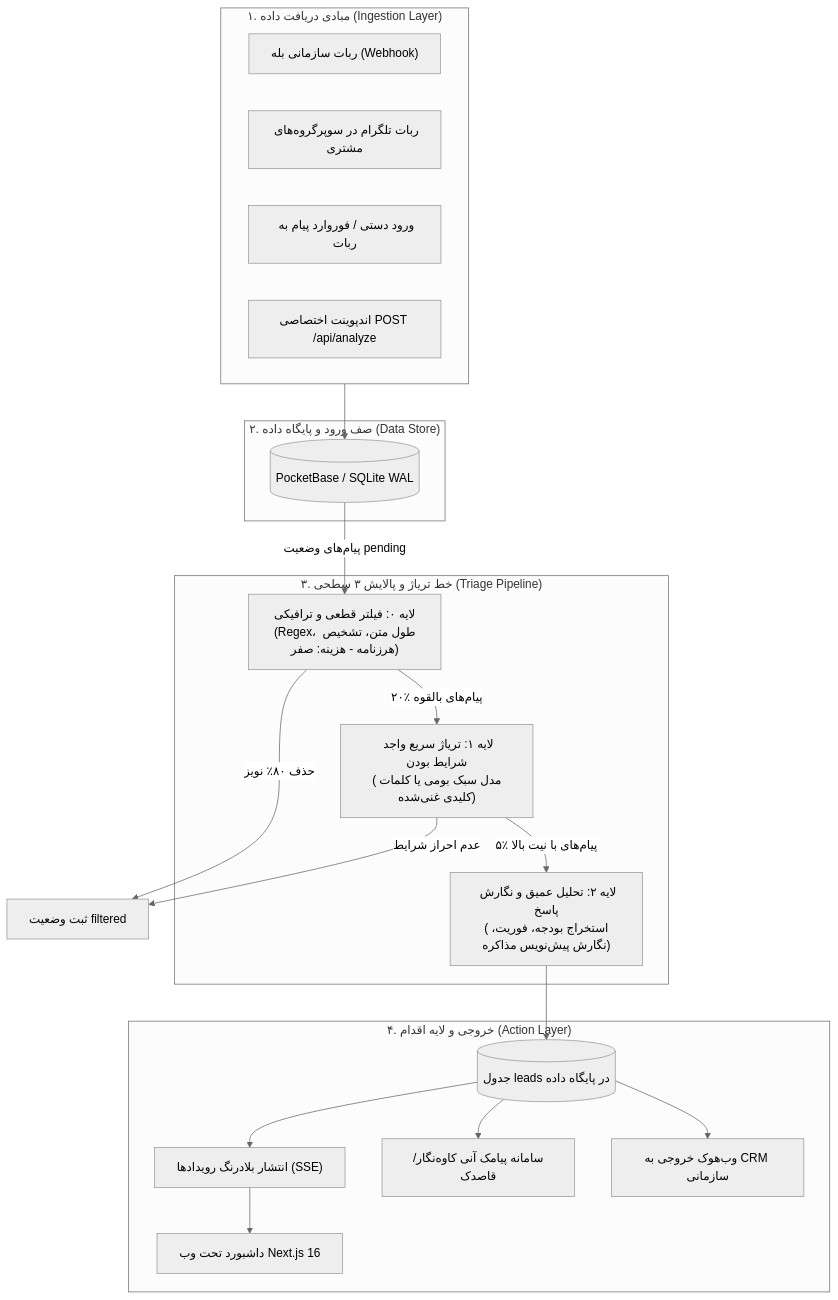
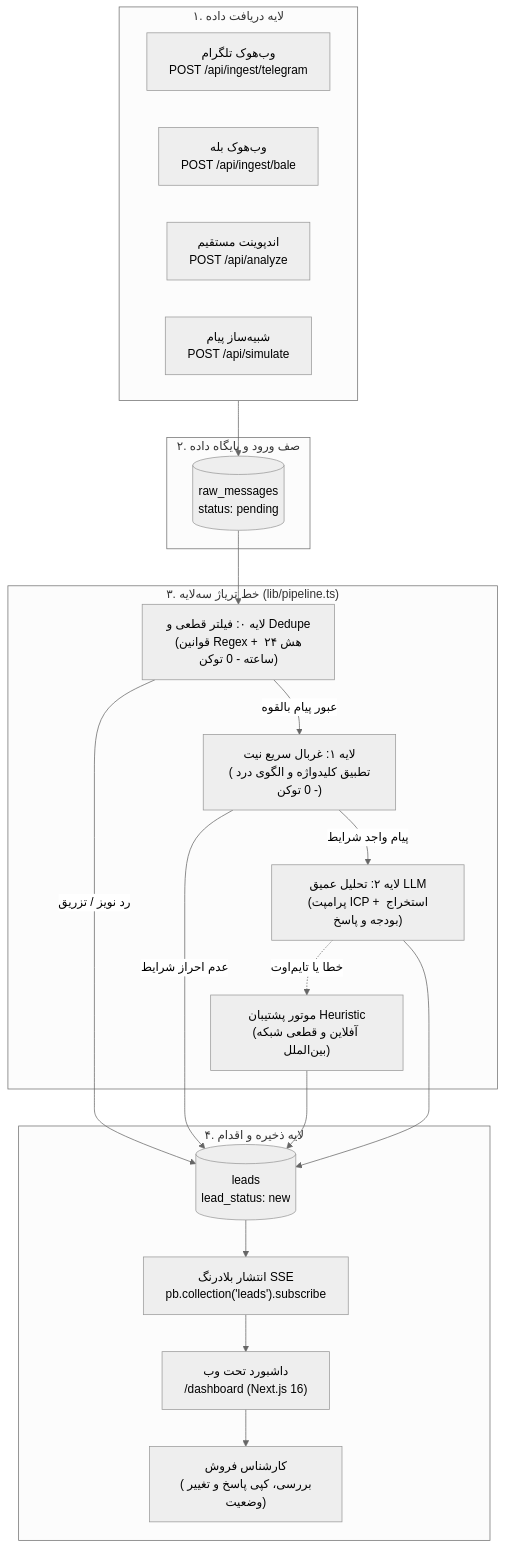
One commit to parsanaderidev/radar changed the diagram in docs/TechnicalDocumentation.md. Above: the diagram before and after it, drawn with Mermaid (neutral theme). The commit also changed other lines of this file and 3 other files, not shown here.

````diff
--- a/docs/TechnicalDocumentation.md
+++ b/docs/TechnicalDocumentation.md
@@ -20,38 +38,38 @@
 ```mermaid
 flowchart TD
-    subgraph S["۱. مبادی دریافت داده (Ingestion Layer)"]
-        S1["ربات سازمانی بله (Webhook)"]
-        S2["ربات تلگرام در سوپرگروه‌های مشتری"]
-        S3["ورود دستی / فوروارد پیام به ربات"]
-        S4["اندپوینت اختصاصی POST /api/analyze"]
+    subgraph Ingestion ["۱. لایه دریافت داده"]
+        W_TG["وب‌هوک تلگرام<br/>POST /api/ingest/telegram"]
+        W_BALE["وب‌هوک بله<br/>POST /api/ingest/bale"]
+        API_ANALYZE["اندپوینت مستقیم<br/>POST /api/analyze"]
+        SIM["شبیه‌ساز پیام<br/>POST /api/simulate"]
     end
 
-    subgraph Q["۲. صف ورود و پایگاه داده (Data Store)"]
-        DB[("PocketBase / SQLite WAL")]
+    subgraph Storage ["۲. صف ورود و پایگاه داده"]
+        PB_RAW[("raw_messages<br/>status: pending")]
     end
 
-    subgraph T["۳. خط تریاژ و پالایش ۳ سطحی (Triage Pipeline)"]
-        L0["لایه ۰: فیلتر قطعی و ترافیکی<br/>(Regex، طول متن، تشخیص هرزنامه - هزینه: صفر)"]
-        L1["لایه ۱: تریاژ سریع واجد شرایط بودن<br/>(مدل سبک بومی یا کلمات کلیدی غنی‌شده)"]
-        L2["لایه ۲: تحلیل عمیق و نگارش پاسخ<br/>(استخراج بودجه، فوریت، نگارش پیش‌نویس مذاکره)"]
+    subgraph Pipeline ["۳. خط تریاژ سه‌لایه (lib/pipeline.ts)"]
+        L0["لایه ۰: فیلتر قطعی و Dedupe<br/>(قوانین Regex + هش ۲۴ ساعته - 0 توکن)"]
+        L1["لایه ۱: غربال سریع نیت<br/>(تطبیق کلیدواژه و الگوی درد - 0 توکن)"]
+        L2["لایه ۲: تحلیل عمیق LLM<br/>(پرامپت ICP + استخراج بودجه و پاسخ)"]
+        FALLBACK["موتور پشتیبان Heuristic<br/>(آفلاین و قطعی شبکه بین‌الملل)"]
     end
 
-    subgraph O["۴. خروجی و لایه اقدام (Action Layer)"]
-        LEAD[("جدول leads در پایگاه داده")]
-        SSE["انتشار بلادرنگ رویدادها (SSE)"]
-        SMS["سامانه پیامک آنی کاوه‌نگار/قاصدک"]
-        CRM["وب‌هوک خروجی به CRM سازمانی"]
-        UI["داشبورد تحت وب Next.js 16"]
+    subgraph Output ["۴. لایه ذخیره و اقدام"]
+        PB_LEADS[("leads<br/>lead_status: new")]
+        SSE["انتشار بلادرنگ SSE<br/>pb.collection('leads').subscribe"]
+        DASH["داشبورد تحت وب<br/>/dashboard (Next.js 16)"]
+        HUMAN["کارشناس فروش<br/>(بررسی، کپی پاسخ و تغییر وضعیت)"]
     end
 
-    S --> DB
-    DB -->|"پیام‌های وضعیت pending"| L0
-    L0 -->|"حذف ۸۰٪ نویز"| TRASH["ثبت وضعیت filtered"]
-    L0 -->|"۲۰٪ پیام‌های بالقوه"| L1
-    L1 -->|"عدم احراز شرایط"| TRASH
-    L1 -->|"۵٪ پیام‌های با نیت بالا"| L2
-    L2 --> LEAD
-    LEAD --> SSE --> UI
-    LEAD --> SMS
-    LEAD --> CRM
+    Ingestion --> PB_RAW
+    PB_RAW --> L0
+    L0 -->|"رد نویز / تزریق"| PB_LEADS
+    L0 -->|"عبور پیام بالقوه"| L1
+    L1 -->|"عدم احراز شرایط"| PB_LEADS
+    L1 -->|"پیام واجد شرایط"| L2
+    L2 -.->|"خطا یا تایم‌اوت"| FALLBACK
+    FALLBACK --> PB_LEADS
+    L2 --> PB_LEADS
+    PB_LEADS --> SSE --> DASH --> HUMAN
 ```
````
